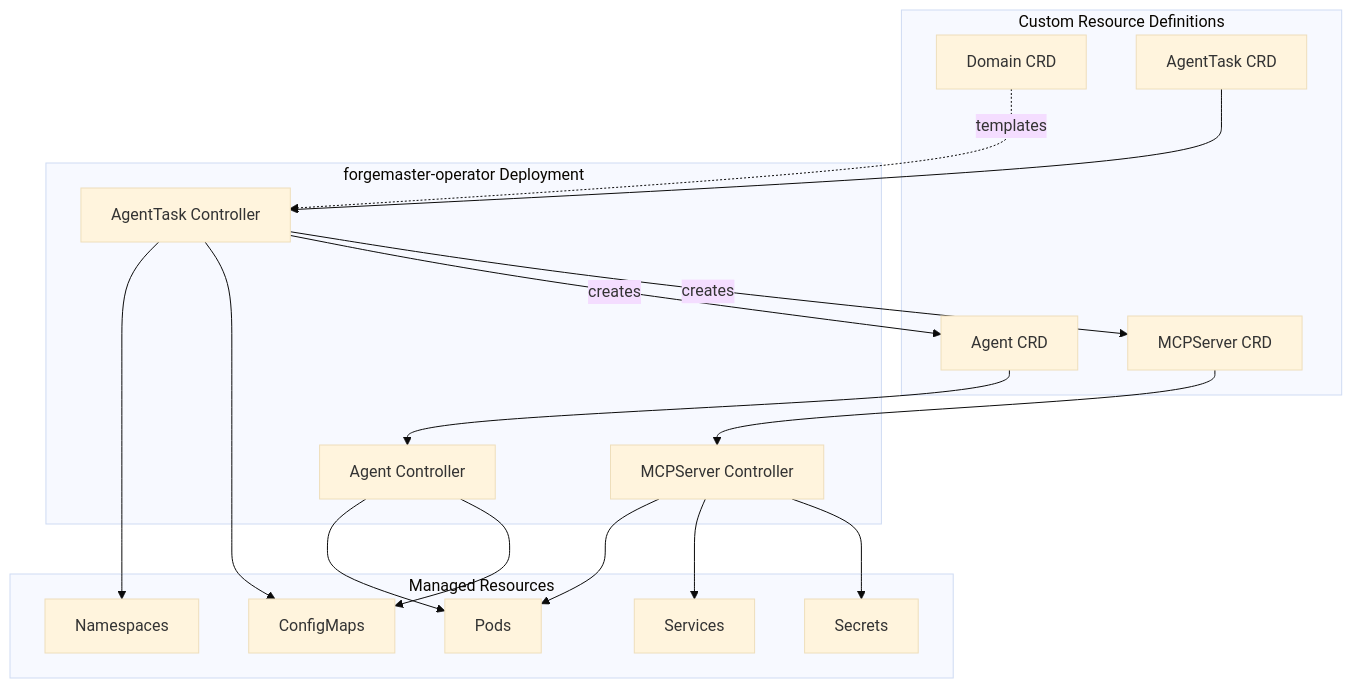
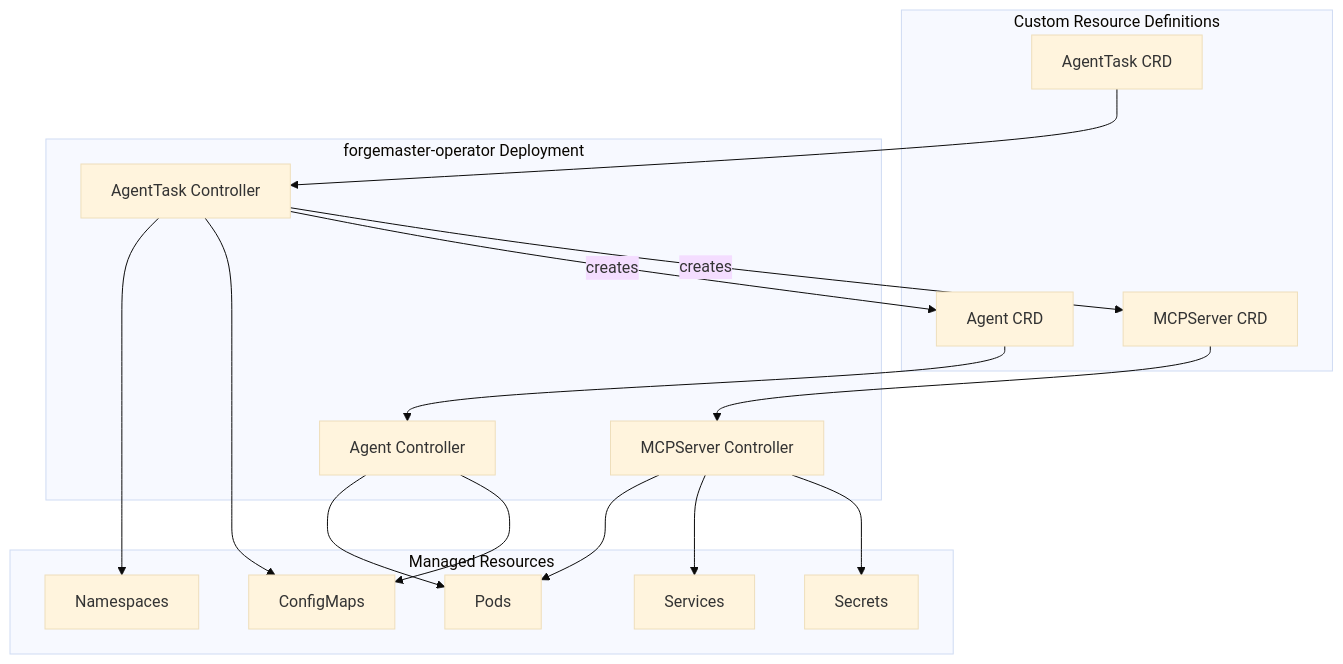
One commit to dshcherbatiuk/forgemaster changed the first of 4 diagrams in docs/arch/05-k8s-deployment.md. Above: the diagram before and after it, drawn with Mermaid (base theme). The commit also changed other lines of this file and 8 other files, not shown here.

First line of the commit message:
docs: Remove Domain CRD from architecture (YAGNI)

````diff
--- a/docs/arch/05-k8s-deployment.md
+++ b/docs/arch/05-k8s-deployment.md
@@ -5,33 +5,31 @@
 ```mermaid
 flowchart TB
     subgraph CRDs["Custom Resource Definitions"]
-        DOM[Domain CRD]
         AT[AgentTask CRD]
         AG[Agent CRD]
         MCP[MCPServer CRD]
     end
 
     subgraph Operator["forgemaster-operator Deployment"]
         ATC[AgentTask Controller]
         AGC[Agent Controller]
         MCPC[MCPServer Controller]
     end
 
     subgraph Resources["Managed Resources"]
         NS[Namespaces]
         Pods[Pods]
         SVC[Services]
         CM[ConfigMaps]
         SEC[Secrets]
     end
 
-    DOM -.->|templates| ATC
     AT --> ATC
     AG --> AGC
     MCP --> MCPC
 
     ATC --> NS & CM
     ATC -->|creates| AG & MCP
     AGC --> Pods & CM
     MCPC --> Pods & SVC & SEC
 ```
````
